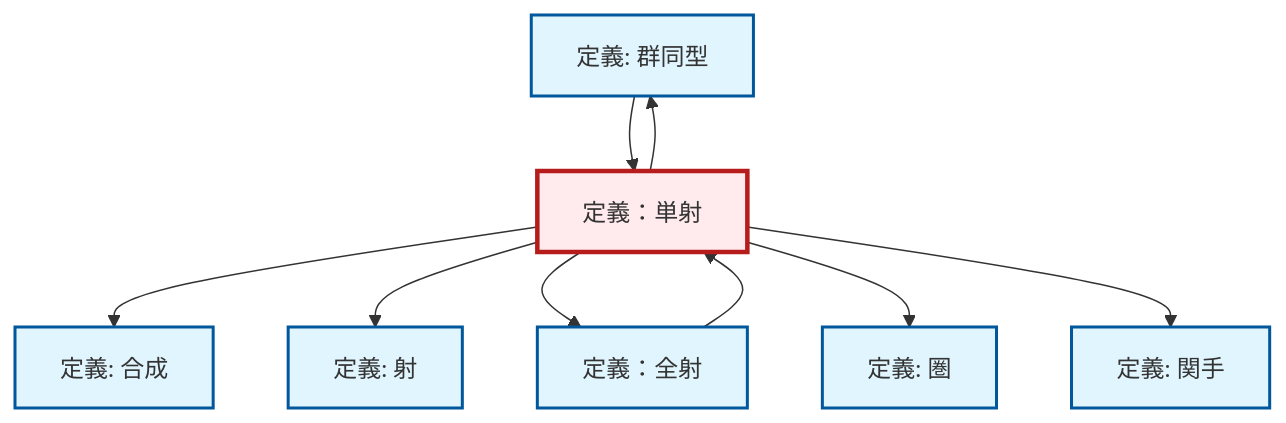
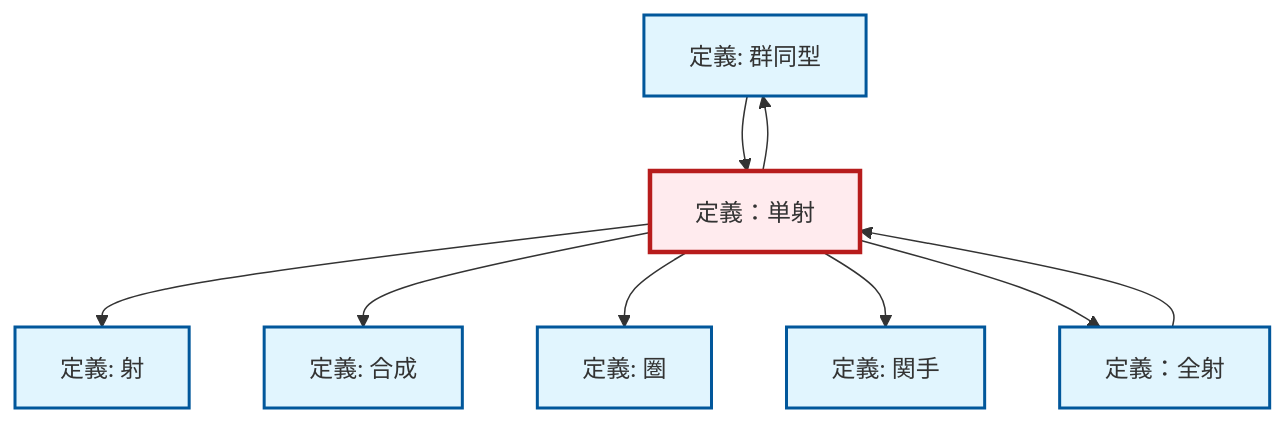
Before and after one commit to RK0429/ModernMath: the diagram in content/ja/category-theory/def-monomorphism.qmd, drawn with Mermaid. The commit also changed 672 other files, not shown here.

````diff
--- a/content/ja/category-theory/def-monomorphism.qmd
+++ b/content/ja/category-theory/def-monomorphism.qmd
@@ -96,31 +96,31 @@
 ```{mermaid}
-%%| fig-cap: "Local dependency graph"
+%%| fig-cap: "ローカル依存関係グラフ"
 graph TD
     classDef definition fill:#e1f5fe,stroke:#01579b,stroke-width:2px
     classDef theorem fill:#f3e5f5,stroke:#4a148c,stroke-width:2px
     classDef axiom fill:#fff3e0,stroke:#e65100,stroke-width:2px
     classDef example fill:#e8f5e9,stroke:#1b5e20,stroke-width:2px
     classDef current fill:#ffebee,stroke:#b71c1c,stroke-width:3px
+    def-morphism["定義: 射"]:::definition
     def-isomorphism["定義: 群同型"]:::definition
+    def-epimorphism["定義：全射"]:::definition
     def-composition["定義: 合成"]:::definition
     def-category["定義: 圏"]:::definition
+    def-functor["定義: 関手"]:::definition
     def-monomorphism["定義：単射"]:::definition
-    def-functor["定義: 関手"]:::definition
-    def-morphism["定義: 射"]:::definition
-    def-epimorphism["定義：全射"]:::definition
+    def-epimorphism --> def-monomorphism
+    def-monomorphism --> def-morphism
     def-monomorphism --> def-composition
-    def-monomorphism --> def-morphism
+    def-monomorphism --> def-category
+    def-isomorphism --> def-monomorphism
     def-monomorphism --> def-isomorphism
-    def-isomorphism --> def-monomorphism
-    def-epimorphism --> def-monomorphism
+    def-monomorphism --> def-functor
     def-monomorphism --> def-epimorphism
-    def-monomorphism --> def-category
-    def-monomorphism --> def-functor
     class def-monomorphism current
+    click def-morphism "def-morphism.html" "射の定義へ"
     click def-isomorphism "def-isomorphism.html" "群同型の定義へ"
+    click def-epimorphism "def-epimorphism.html" "定義：全射へ"
     click def-composition "def-composition.html" "合成の定義へ"
     click def-category "def-category.html" "圏の定義へ"
     click def-functor "def-functor.html" "関手の定義へ"
-    click def-morphism "def-morphism.html" "射の定義へ"
-    click def-epimorphism "def-epimorphism.html" "定義：全射へ"
 ```
````
